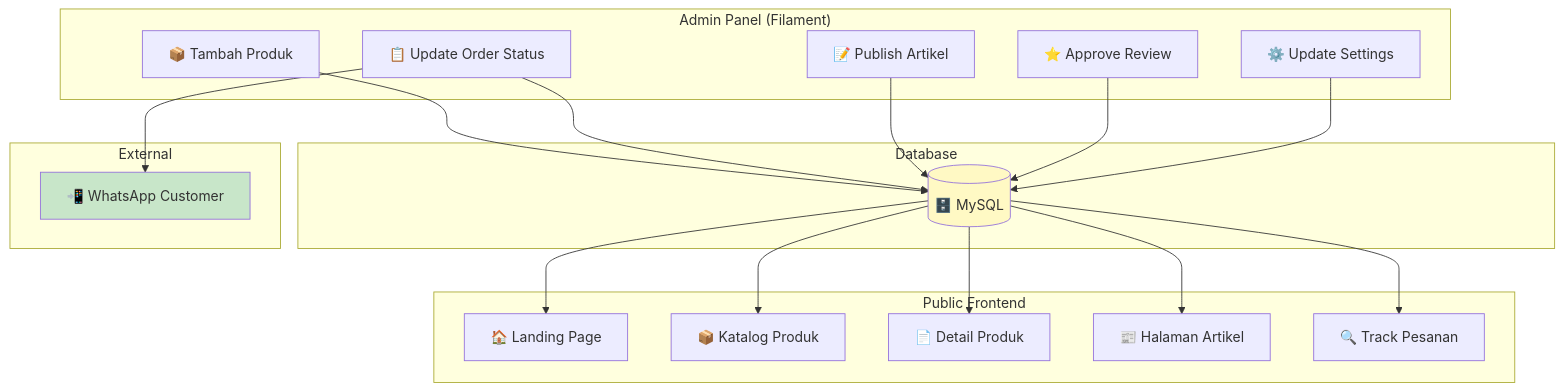
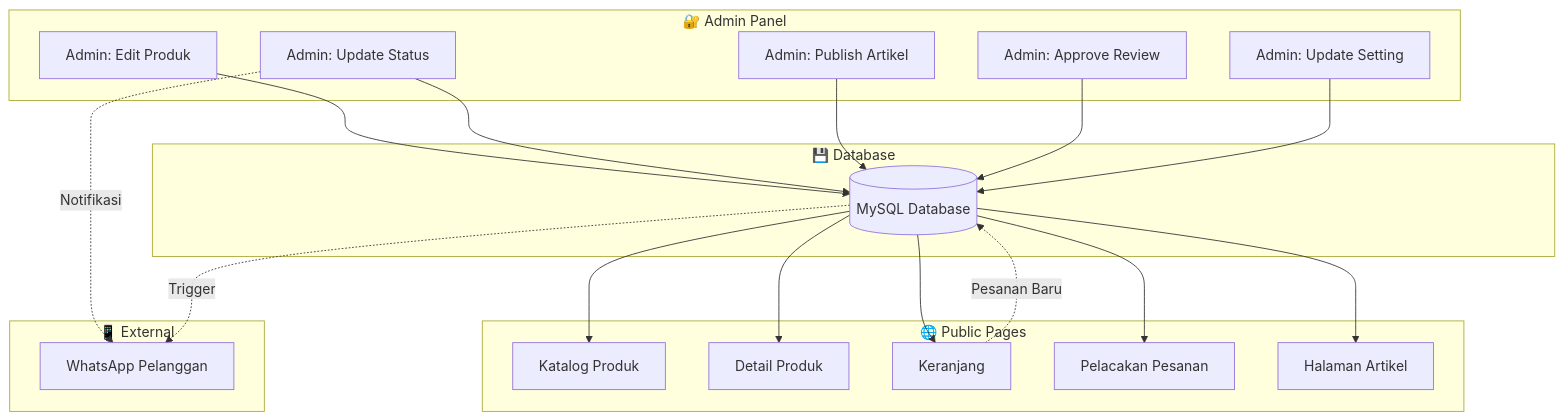
One commit to mustarisyahding07-spec/WEBSITE_SKRIPSI_MUSTARI changed the eighth of 8 diagrams in docs/ADMIN_DASHBOARD_GUIDE.md. Above: the diagram before and after it, drawn with Mermaid. The commit also changed other lines of this file and 7 other files, not shown here.

````diff
--- a/docs/ADMIN_DASHBOARD_GUIDE.md
+++ b/docs/ADMIN_DASHBOARD_GUIDE.md
@@ -375,42 +472,43 @@
 ```mermaid
 flowchart TB
-    subgraph "Admin Panel (Filament)"
-        A1["📦 Tambah Produk"]
-        A2["📋 Update Order Status"]
-        A3["📝 Publish Artikel"]
-        A4["⭐ Approve Review"]
-        A5["⚙️ Update Settings"]
+    subgraph "🔐 Admin Panel"
+        AdminProduct[Admin: Edit Produk]
+        AdminOrder[Admin: Update Status]
+        AdminArticle[Admin: Publish Artikel]
+        AdminReview[Admin: Approve Review]
+        AdminSetting[Admin: Update Setting]
     end
     
-    subgraph "Database"
-        DB[("🗄️ MySQL")]
+    subgraph "💾 Database"
+        DB[(MySQL Database)]
     end
     
-    subgraph "Public Frontend"
-        P1["🏠 Landing Page"]
-        P2["📦 Katalog Produk"]
-        P3["📄 Detail Produk"]
-        P4["📰 Halaman Artikel"]
-        P5["🔍 Track Pesanan"]
+    subgraph "🌐 Public Pages"
+        Catalog[Katalog Produk]
+        ProductDetail[Detail Produk]
+        Cart[Keranjang]
+        Track[Pelacakan Pesanan]
+        Articles[Halaman Artikel]
     end
     
-    subgraph "External"
-        WA["📲 WhatsApp Customer"]
+    subgraph "📱 External"
+        WhatsApp[WhatsApp Pelanggan]
     end
     
-    A1 --> DB
-    A2 --> DB
-    A2 --> WA
-    A3 --> DB
-    A4 --> DB
-    A5 --> DB
+    AdminProduct --> DB
+    AdminOrder --> DB
+    AdminArticle --> DB
+    AdminReview --> DB
+    AdminSetting --> DB
     
-    DB --> P1
-    DB --> P2
-    DB --> P3
-    DB --> P4
-    DB --> P5
+    DB --> Catalog
+    DB --> ProductDetail
+    DB --> Cart
+    DB --> Track
+    DB --> Articles
     
-    style DB fill:#fff9c4
-    style WA fill:#c8e6c9
+    AdminOrder -.->|Notifikasi| WhatsApp
+    
+    Cart -.->|Pesanan Baru| DB
+    DB -.->|Trigger| WhatsApp
 ```
````
